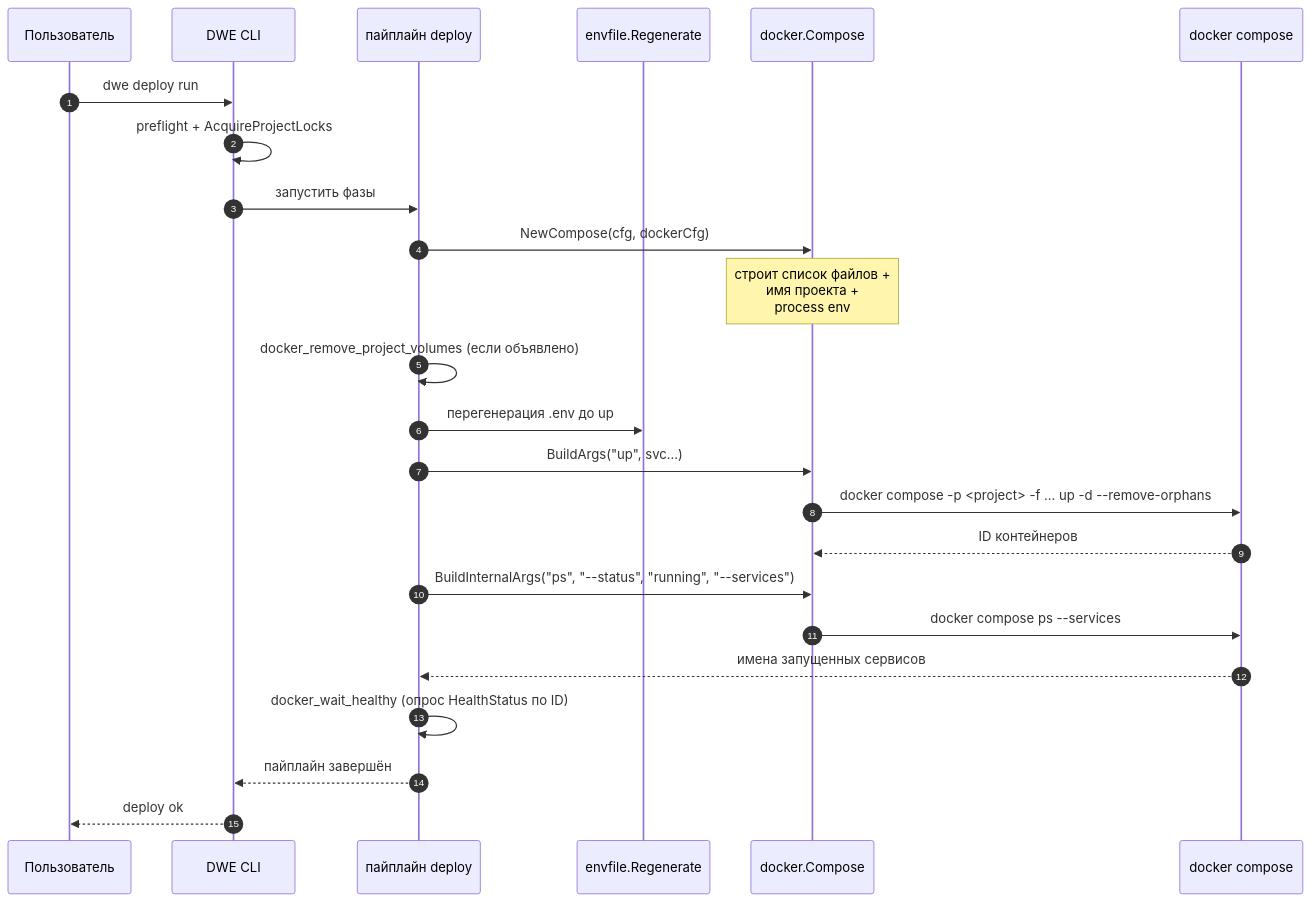
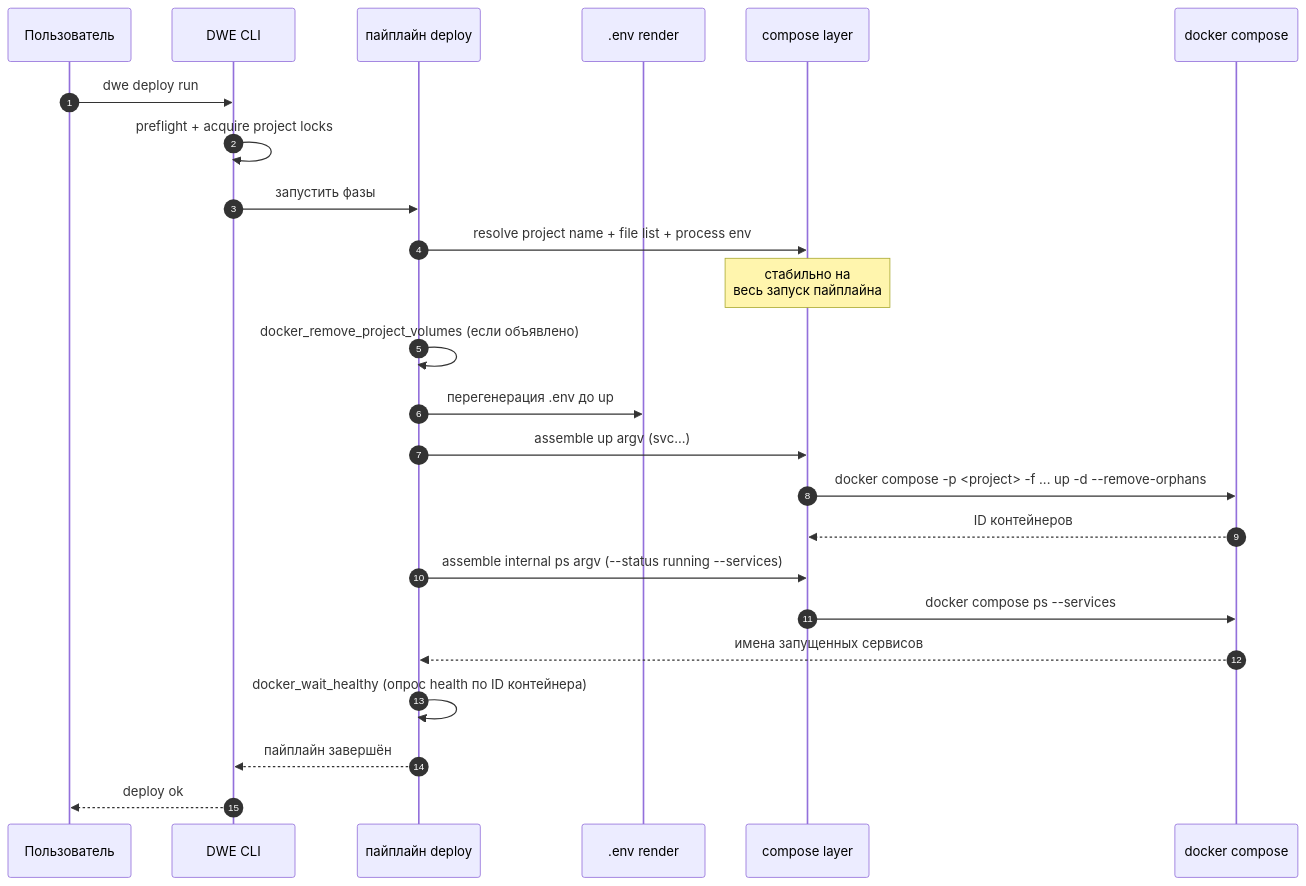
One commit to semsemyonoff/dwe changed the diagram in docs/i18n/ru/reference/concepts/docker.md. Above: the diagram before and after it, drawn with Mermaid. The commit also changed other lines of this file and 19 other files, not shown here.

````diff
--- a/docs/i18n/ru/reference/concepts/docker.md
+++ b/docs/i18n/ru/reference/concepts/docker.md
@@ -118,28 +118,28 @@
 ```mermaid
 sequenceDiagram
   autonumber
   participant U as Пользователь
   participant CLI as DWE CLI
   participant Pipe as пайплайн deploy
-  participant Env as envfile.Regenerate
-  participant Compose as docker.Compose
+  participant Env as .env render
+  participant Compose as compose layer
   participant Docker as docker compose
 
   U->>CLI: dwe deploy run
-  CLI->>CLI: preflight + AcquireProjectLocks
+  CLI->>CLI: preflight + acquire project locks
   CLI->>Pipe: запустить фазы
-  Pipe->>Compose: NewCompose(cfg, dockerCfg)
-  Note over Compose: строит список файлов +<br/>имя проекта +<br/>process env
+  Pipe->>Compose: resolve project name + file list + process env
+  Note over Compose: стабильно на<br/>весь запуск пайплайна
 
   Pipe->>Pipe: docker_remove_project_volumes (если объявлено)
   Pipe->>Env: перегенерация .env до up
-  Pipe->>Compose: BuildArgs("up", svc...)
+  Pipe->>Compose: assemble up argv (svc...)
   Compose->>Docker: docker compose -p <project> -f ... up -d --remove-orphans
   Docker-->>Compose: ID контейнеров
-  Pipe->>Compose: BuildInternalArgs("ps", "--status", "running", "--services")
+  Pipe->>Compose: assemble internal ps argv (--status running --services)
   Compose->>Docker: docker compose ps --services
   Docker-->>Pipe: имена запущенных сервисов
-  Pipe->>Pipe: docker_wait_healthy (опрос HealthStatus по ID)
+  Pipe->>Pipe: docker_wait_healthy (опрос health по ID контейнера)
   Pipe-->>CLI: пайплайн завершён
   CLI-->>U: deploy ok
 ```
````
